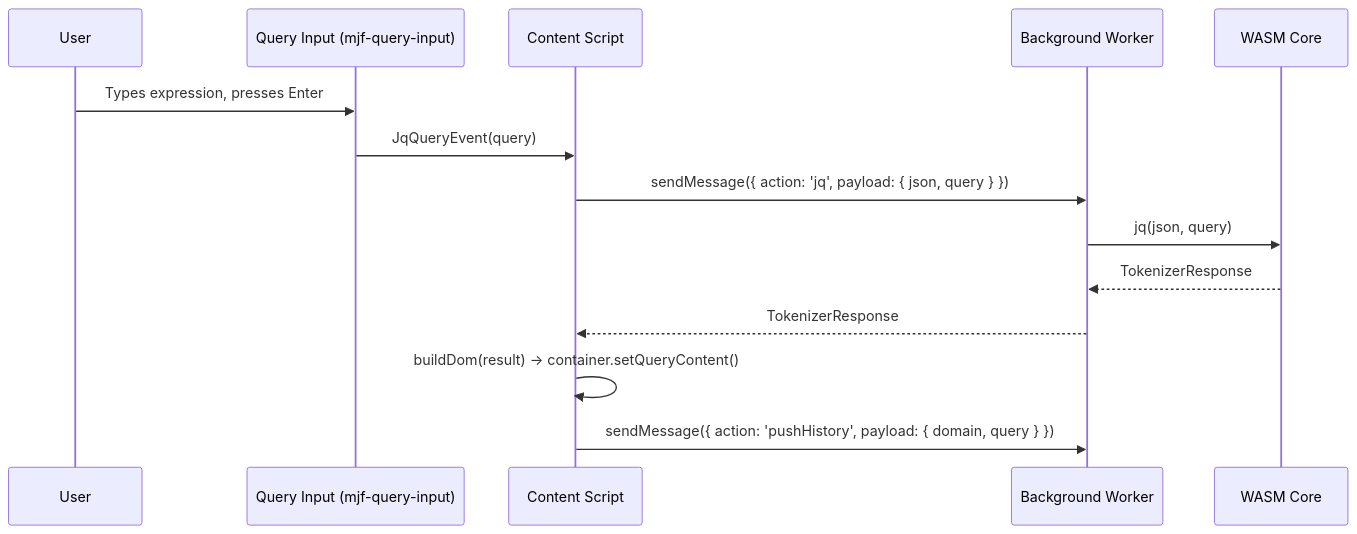
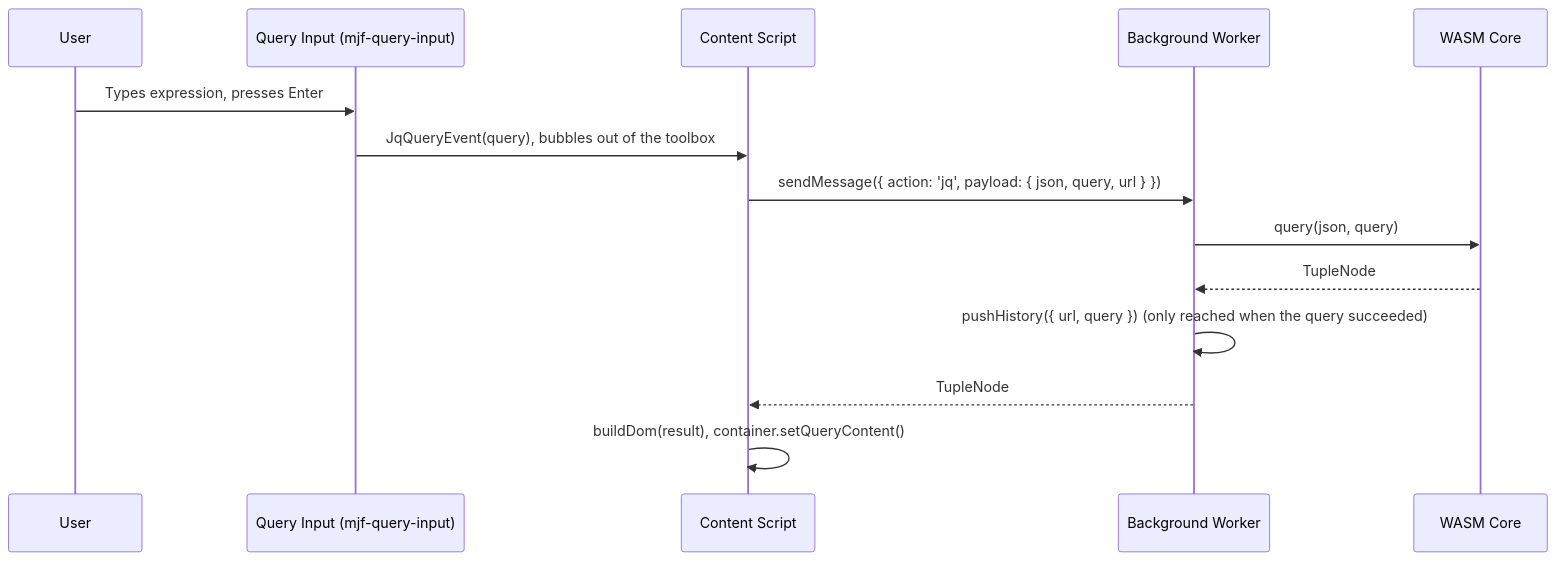
One commit to evg4b/modern-json-formatter changed the third of 4 diagrams in CONTRIBUTING.md. Above: the diagram before and after it, drawn with Mermaid. The commit also changed other lines of this file and 20 other files, not shown here.

````diff
--- a/CONTRIBUTING.md
+++ b/CONTRIBUTING.md
@@ -203,16 +224,16 @@
 ```mermaid
 sequenceDiagram
   participant User
   participant QI as Query Input (mjf-query-input)
   participant CS as Content Script
   participant BG as Background Worker
   participant Wasm as WASM Core
   User ->> QI: Types expression, presses Enter
-  QI ->> CS: JqQueryEvent(query)
-  CS ->> BG: sendMessage({ action: 'jq', payload: { json, query } })
-  BG ->> Wasm: jq(json, query)
-  Wasm -->> BG: TokenizerResponse
-  BG -->> CS: TokenizerResponse
-  CS ->> CS: buildDom(result) → container.setQueryContent()
-  CS ->> BG: sendMessage({ action: 'pushHistory', payload: { domain, query } })
+  QI ->> CS: JqQueryEvent(query), bubbles out of the toolbox
+  CS ->> BG: sendMessage({ action: 'jq', payload: { json, query, url } })
+  BG ->> Wasm: query(json, query)
+  Wasm -->> BG: TupleNode
+  BG ->> BG: pushHistory({ url, query }) (only reached when the query succeeded)
+  BG -->> CS: TupleNode
+  CS ->> CS: buildDom(result), container.setQueryContent()
 ```
````
